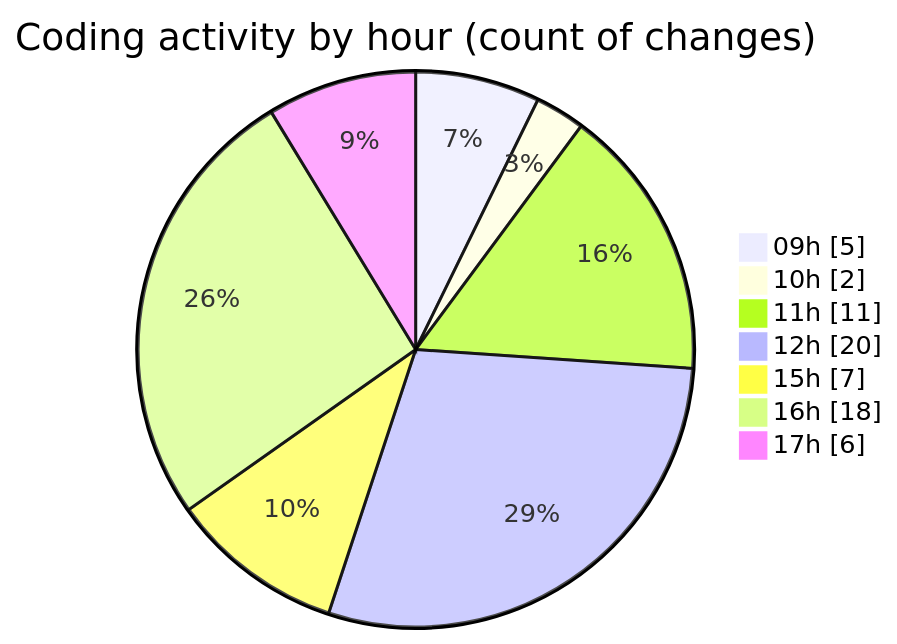
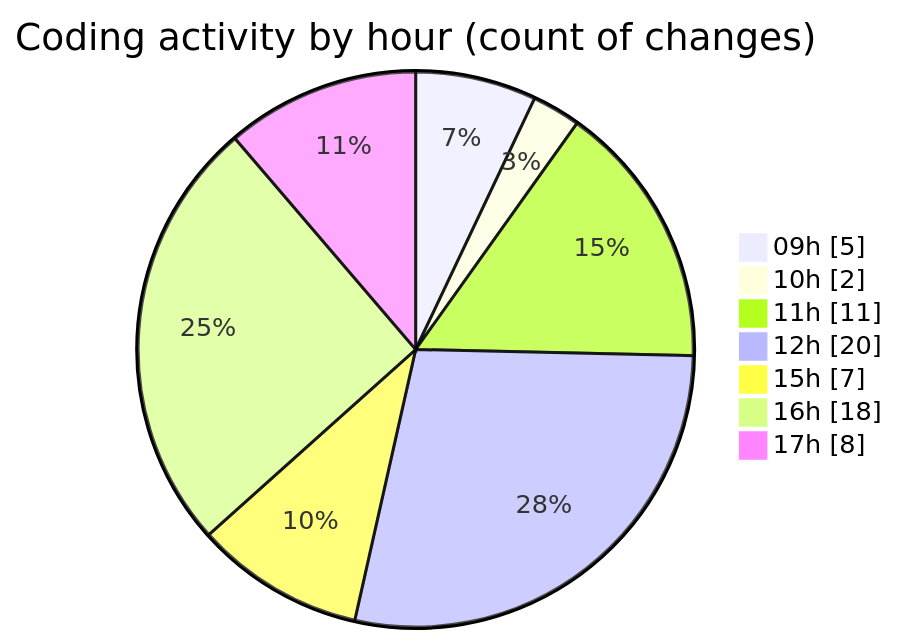
Before and after one commit to momahboobian/code-tracking: the second of 2 diagrams in 2026-03-11/cda/README.md, drawn with Mermaid. The commit also changed other lines of this file and 1 other file, not shown here.

````diff
--- a/2026-03-11/cda/README.md
+++ b/2026-03-11/cda/README.md
@@ -51,11 +51,11 @@
 ```mermaid
 pie showData
 title Coding activity by hour (count of changes)
 "09h" : 5
 "10h" : 2
 "11h" : 11
 "12h" : 20
 "15h" : 7
 "16h" : 18
-"17h" : 6
+"17h" : 8
 ```
````
